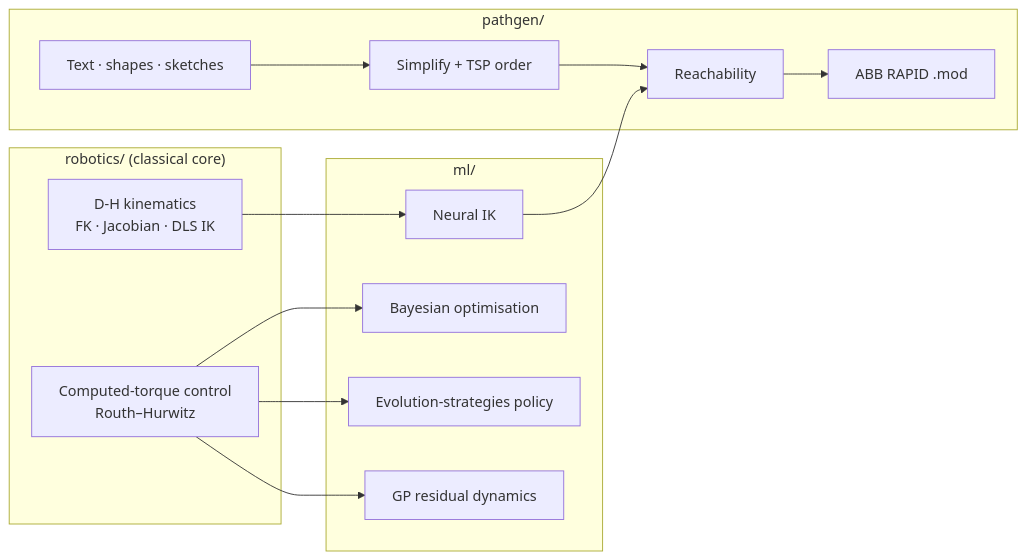
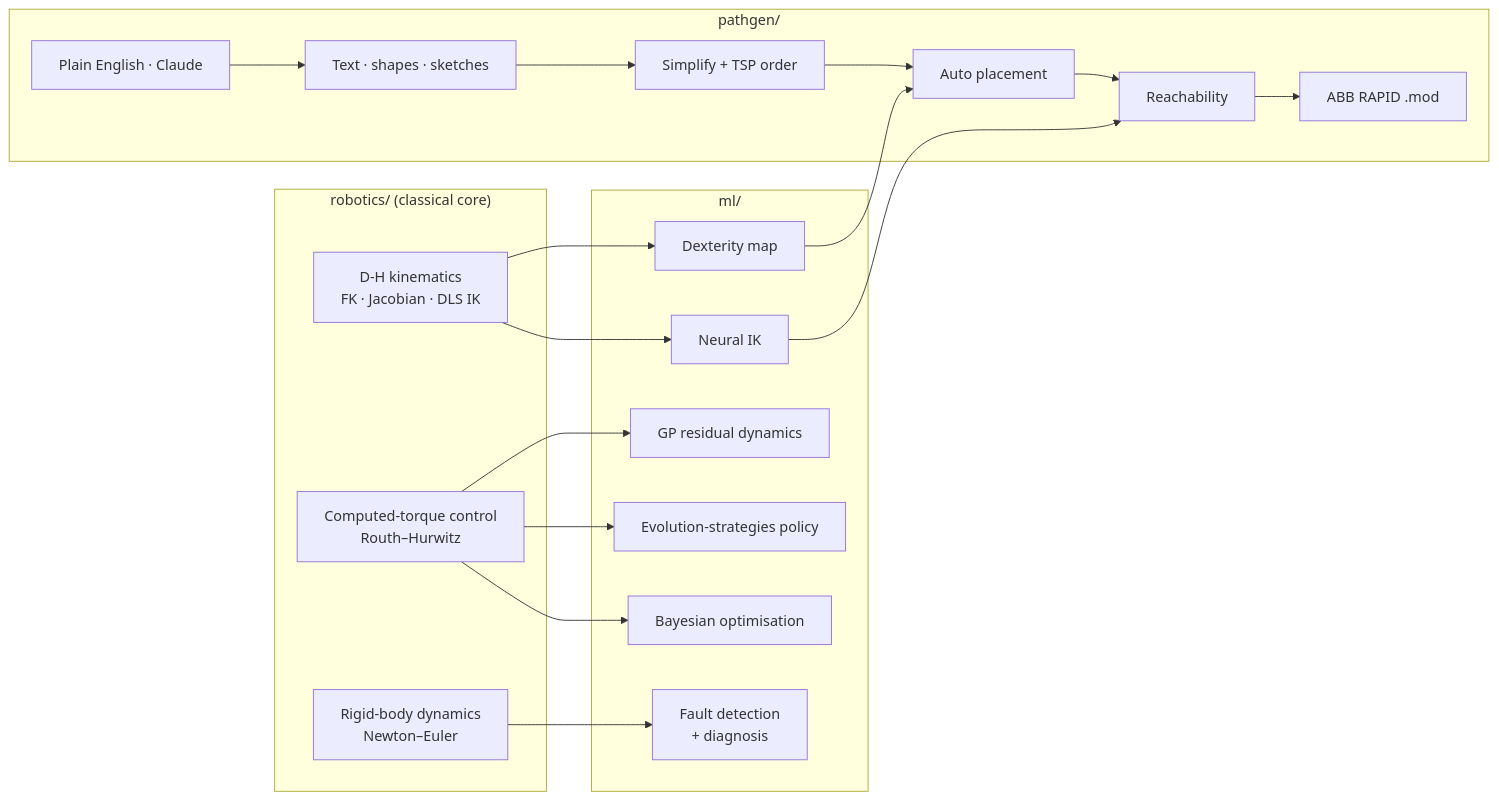
Before and after one commit to blessedefe4real/SynapseArm: the diagram in README.md, drawn with Mermaid. The commit also changed other lines of this file and 13 other files, not shown here.

````diff
--- a/README.md
+++ b/README.md
@@ -22,18 +24,24 @@
 ```mermaid
 flowchart LR
     subgraph Core["robotics/ (classical core)"]
         DH[D-H kinematics<br/>FK · Jacobian · DLS IK]
         CT[Computed-torque control<br/>Routh–Hurwitz]
+        RB[Rigid-body dynamics<br/>Newton–Euler]
     end
     subgraph ML["ml/"]
         NIK[Neural IK]
         BO[Bayesian optimisation]
         ES[Evolution-strategies policy]
         GP[GP residual dynamics]
+        DX[Dexterity map]
+        FD[Fault detection<br/>+ diagnosis]
     end
     subgraph PG["pathgen/"]
-        SRC[Text · shapes · sketches] --> OPT[Simplify + TSP order] --> RCH[Reachability] --> RAPID[ABB RAPID .mod]
+        LLM[Plain English · Claude] --> SRC
+        SRC[Text · shapes · sketches] --> OPT[Simplify + TSP order] --> PLC[Auto placement] --> RCH[Reachability] --> RAPID[ABB RAPID .mod]
     end
     DH --> NIK --> RCH
+    DH --> DX --> PLC
     CT --> BO & ES & GP
+    RB --> FD
 ```
````
